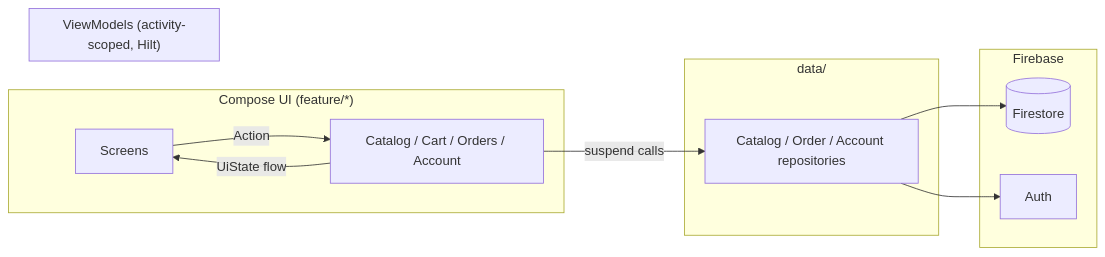
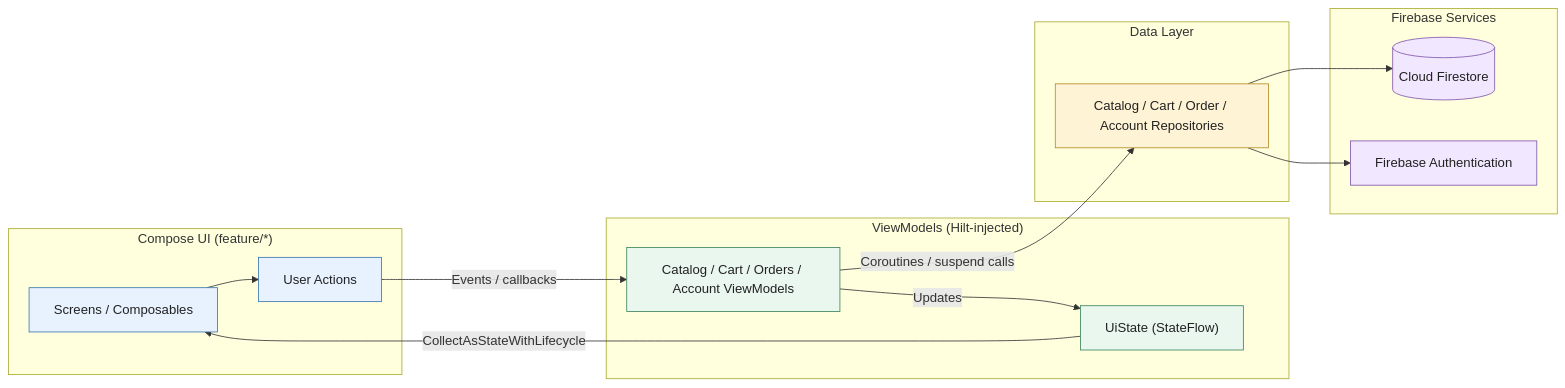
One commit to walidwh21/StoreFront_Android changed the first of 5 diagrams in README.md. Above: the diagram before and after it, drawn with Mermaid. The commit also changed other lines of this file, not shown here.

````diff
--- a/README.md
+++ b/README.md
@@ -47,21 +47,40 @@
 ```mermaid
 flowchart LR
     subgraph UI["Compose UI (feature/*)"]
-        S[Screens] -->|Action| VM
-    end
-    subgraph VMs["ViewModels (activity-scoped, Hilt)"]
-        VM[Catalog / Cart / Orders / Account]
-    end
-    subgraph Data["data/"]
-        R[Catalog / Order / Account repositories]
-    end
-    subgraph Cloud["Firebase"]
-        FS[(Firestore)]
-        AU[Auth]
+        S["Screens / Composables"]
+        A["User Actions"]
+        S --> A
     end
 
-    VM -->|UiState flow| S
-    VM -->|suspend calls| R
+    subgraph VMs["ViewModels (Hilt-injected)"]
+        VM["Catalog / Cart / Orders / Account ViewModels"]
+        State["UiState (StateFlow)"]
+    end
+
+    subgraph Data["Data Layer"]
+        R["Catalog / Cart / Order / Account Repositories"]
+    end
+
+    subgraph Cloud["Firebase Services"]
+        FS[("Cloud Firestore")]
+        AU["Firebase Authentication"]
+    end
+
+    A -->|"Events / callbacks"| VM
+    VM -->|"Updates"| State
+    State -->|"CollectAsStateWithLifecycle"| S
+
+    VM -->|"Coroutines / suspend calls"| R
     R --> FS
     R --> AU
+
+    classDef ui fill:#e8f2ff,stroke:#3973ac,color:#222
+    classDef vm fill:#e9f7ef,stroke:#39845a,color:#222
+    classDef data fill:#fff3d6,stroke:#b38b25,color:#222
+    classDef cloud fill:#f1e8ff,stroke:#8055aa,color:#222
+
+    class S,A ui
+    class VM,State vm
+    class R data
+    class FS,AU cloud
 ```
````
